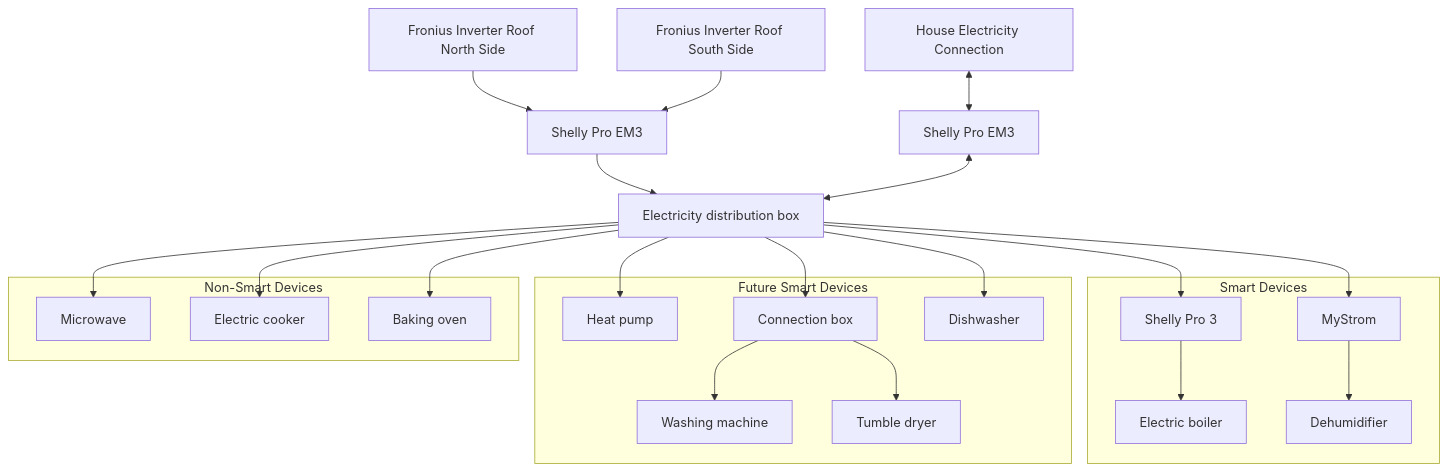
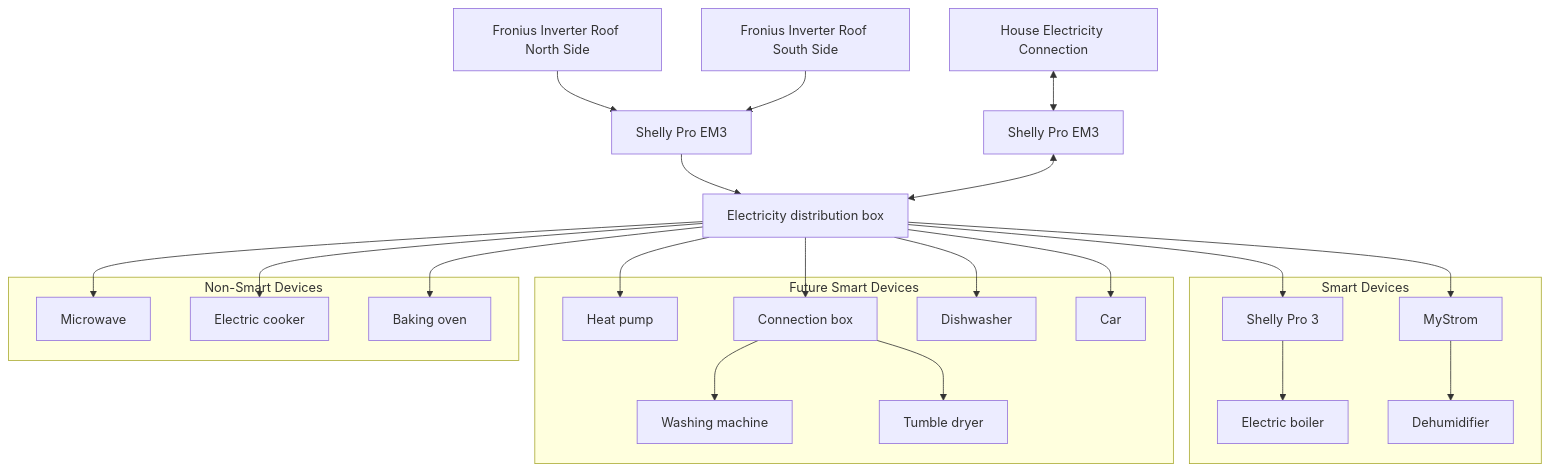
Before and after one commit to hoinmic/pv_openhab: the diagram in README.md, drawn with Mermaid. The commit also changed other lines of this file and 3 other files, not shown here.

````diff
--- a/README.md
+++ b/README.md
@@ -70,64 +69,67 @@
 ```mermaid
 graph TD
 A[Fronius Inverter Roof North Side]
 B[Fronius Inverter Roof South Side]
 C[Shelly Pro EM3]
 
 F[House Electricity Connection]
 G[Shelly Pro EM3]
 
 J[Electricity distribution box]
 
 O[Shelly Pro 3]
 P[Electric boiler]
 
 S[MyStrom]
 T[Dehumidifier]
 
 U[Heat pump]
 
 M[Connection box]
 V[Washing machine]
 W[Tumble dryer]
 
 
 N[Microwave]
 X[Electric cooker]
 Y[Baking oven]
 Z[Dishwasher]
+CAR[Car]
 
 A --> C
 B --> C
 C --> J
 
 F <--> G
 G <--> J
 
 J --> O
 J --> S
 
 subgraph Smart Devices
     O --> P
     S --> T
 end
 
 J --> U
 J --> M
 J --> Z
+J --> CAR
 
 subgraph Future Smart Devices
     U
     M --> V
     M --> W
     Z
+    CAR
 end
 
 J --> N
 J --> X
 J --> Y
 subgraph Non-Smart Devices
     N
     X
     Y
 end
 ```
````
